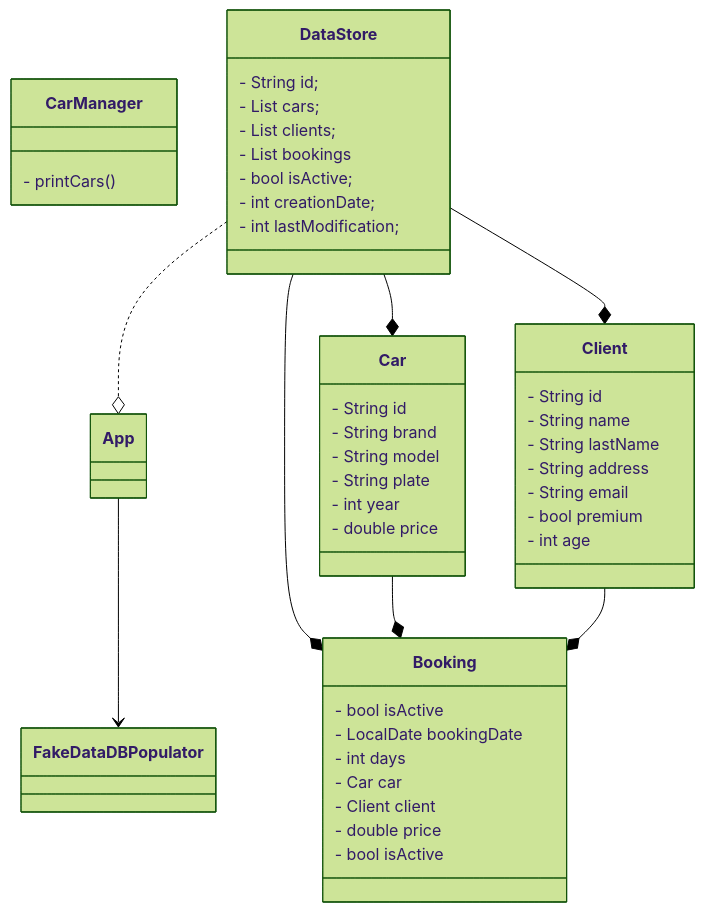
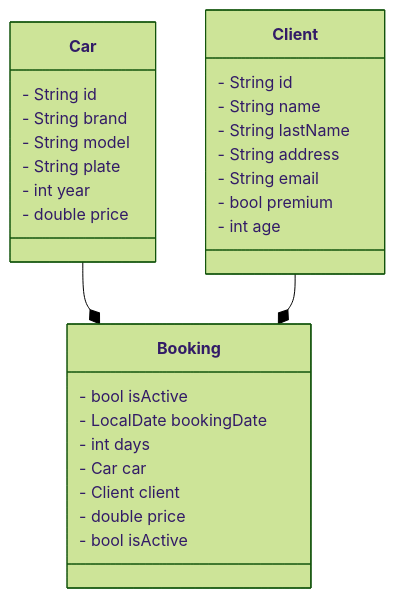
The diagram in docs/rentingCarv2-masterDoc .md (AlbertProfe/rentingCarTest), drawn with Mermaid (forest theme) before and after one commit. The commit also changed other lines of this file and 3 other files, not shown here.

````diff
--- a/docs/rentingCarv2-masterDoc .md
+++ b/docs/rentingCarv2-masterDoc .md
@@ -139,65 +185,36 @@
 ```mermaid
 classDiagram
-    class App {
 
-    } 
 
     class Car{
       - String id
       - String brand
       - String model
       - String plate
       - int year
       - double price
     }
     class Client{
       - String id
       - String name
       - String lastName
       - String address
       - String email
       - bool premium
       - int age
     }
     class Booking{
       - bool isActive
       - LocalDate bookingDate
       - int days
       - Car car
       - Client client
       - double price
       - bool isActive  
 
     }
 
-    class FakeDataDBPopulator {
-    }
 
-    class CarManager {
-
-     - printCars()
-
-    }
-
-    class DataStore {
-
-    - String id;
-    - List<Car> cars;
-    - List<Client> clients;
-    - List <Booking> bookings
-    - bool isActive;
-    - int creationDate;
-    - int lastModification;
-
-
-     }
-
-
-    App --> FakeDataDBPopulator
-    DataStore ..o App
-    DataStore --* Car
-    DataStore --* Booking
-    DataStore --* Client
     Car --* Booking
     Client --* Booking
 ```
````
